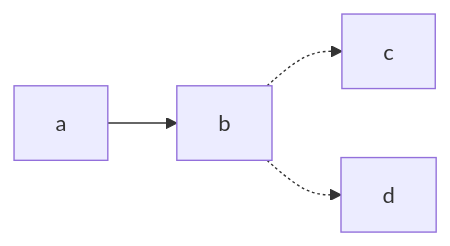
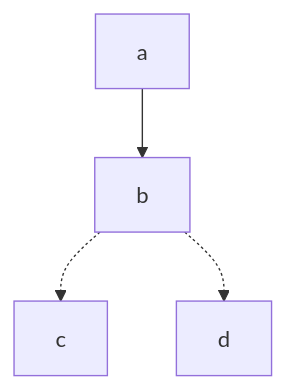
Before and after one commit to johnthesmith/shoggoth: the diagram in Проба.md, drawn with Mermaid.

Commit message:
Это текст

````diff
--- a/Проба.md
+++ b/Проба.md
@@ -102,5 +102,5 @@
 ```mermaid
-flowchart LR
+flowchart TB
 a --> b
 b -.-> c & d
 ```
````
